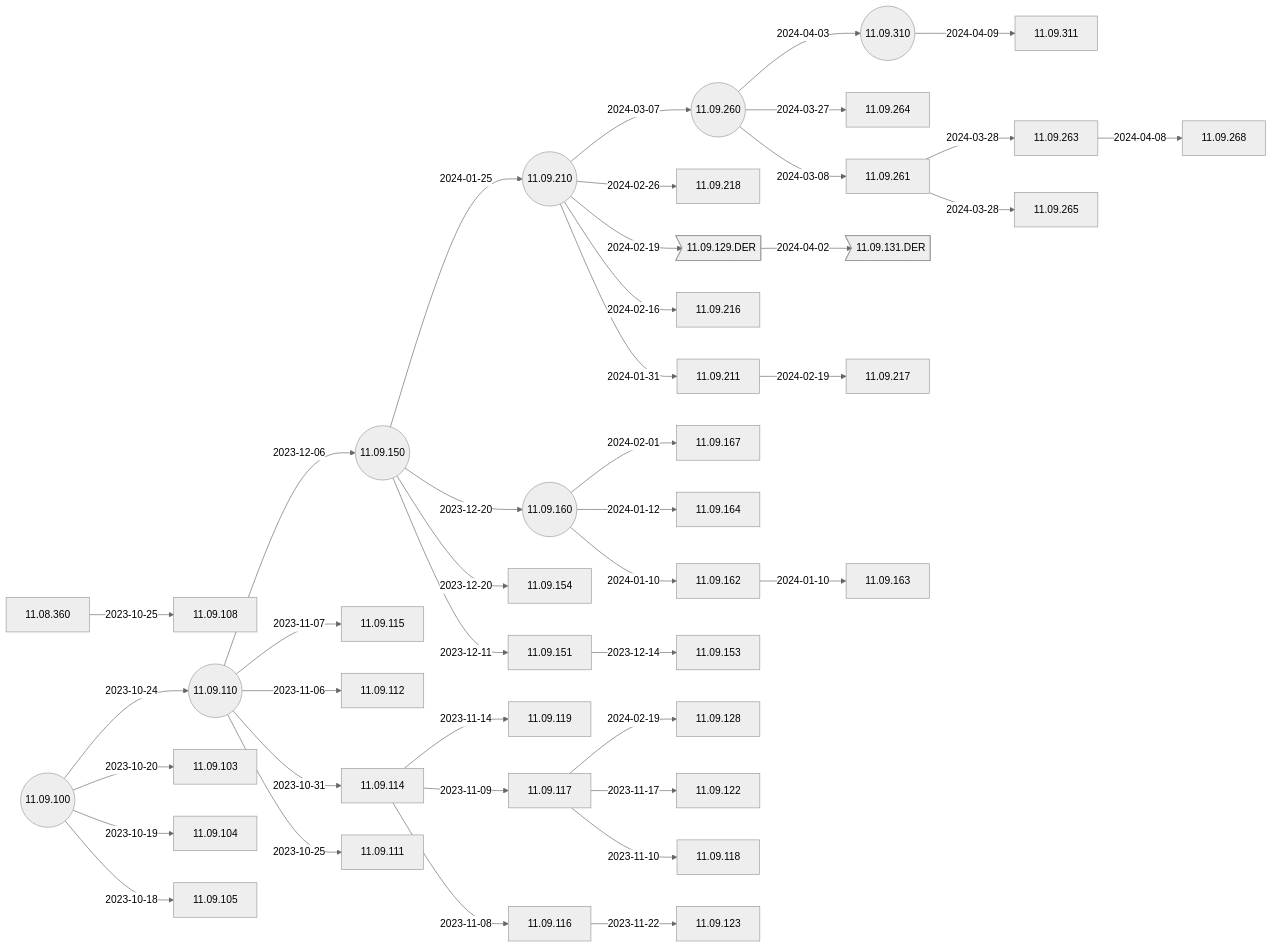
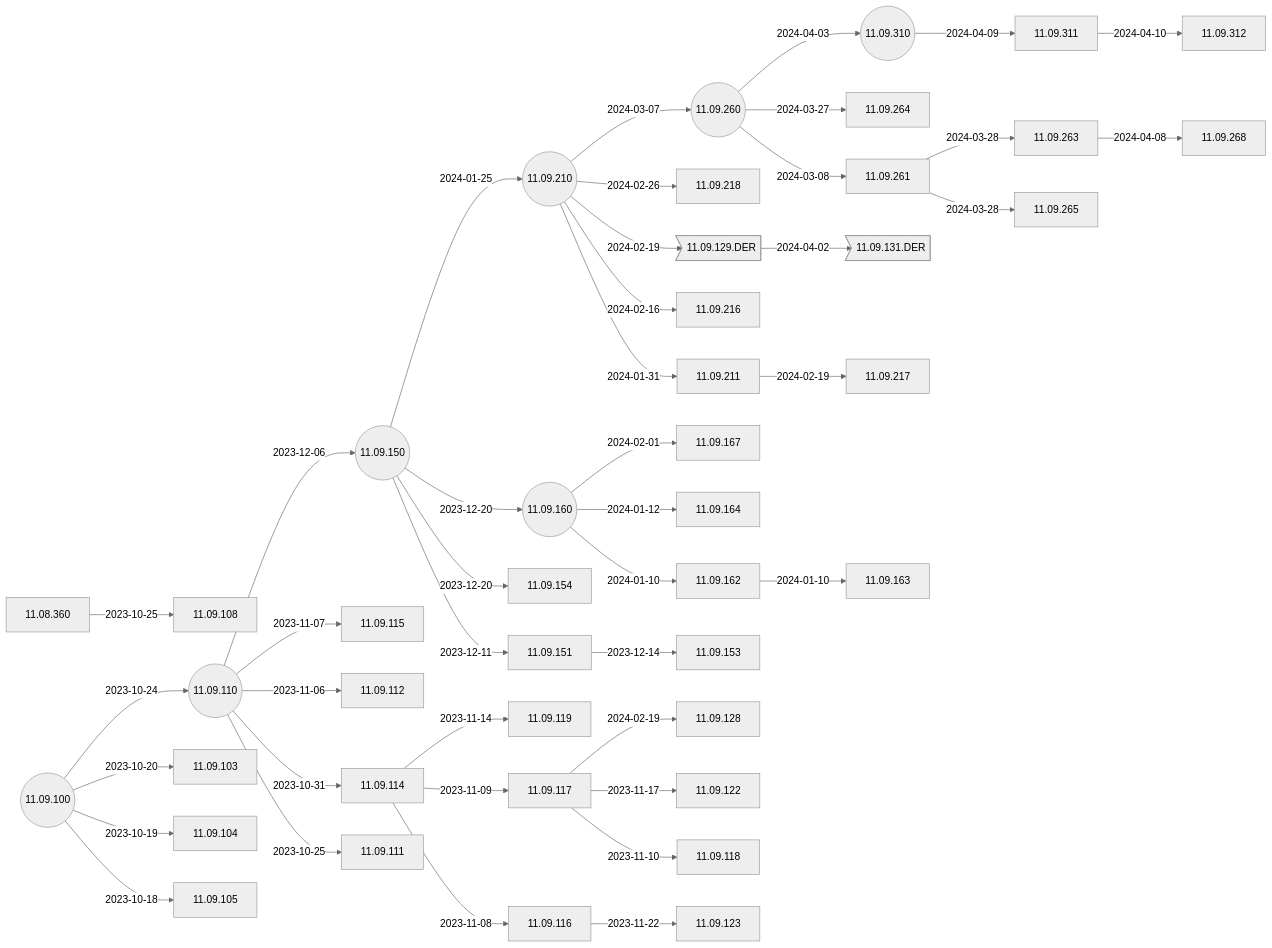
Before and after one commit to IGEL-Community/IGEL-Docs-v02: the second of 5 diagrams in docs/Docs/ReleaseNotes/01-OS11/README.md, drawn with Mermaid (neutral theme). The commit also changed 2 other files, not shown here.

Commit message:
11.09.312 < 11.09.311 and Zoom 64 bit

````diff
--- a/docs/Docs/ReleaseNotes/01-OS11/README.md
+++ b/docs/Docs/ReleaseNotes/01-OS11/README.md
@@ -41,5 +41,6 @@
 ```mermaid
 flowchart LR
+    11.09.311-- 2024-04-10 -->11.09.312
     11.09.310-- 2024-04-09 -->11.09.311
     11.09.263-- 2024-04-08 -->11.09.268
     11.09.260-- 2024-04-03 -->11.09.310((11.09.310))
@@ -81,6 +82,7 @@
     11.09.100-- 2023-10-19 -->11.09.104
     11.09.100-- 2023-10-18 -->11.09.105
     11.09.100((11.09.100))
+    click 11.09.312 "https://github.com/IGEL-Community/IGEL-Docs-v02/tree/main/docs/Docs/ReleaseNotes/01-OS11/readme11.09.312.txt" _blank
     click 11.09.311 "https://github.com/IGEL-Community/IGEL-Docs-v02/tree/main/docs/Docs/ReleaseNotes/01-OS11/readme11.09.311.txt" _blank
     click 11.09.268 "https://github.com/IGEL-Community/IGEL-Docs-v02/tree/main/docs/Docs/ReleaseNotes/01-OS11/readme11.09.268.txt" _blank
     click 11.09.310 "https://github.com/IGEL-Community/IGEL-Docs-v02/tree/main/docs/Docs/ReleaseNotes/01-OS11/readme11.09.310.txt" _blank
````
